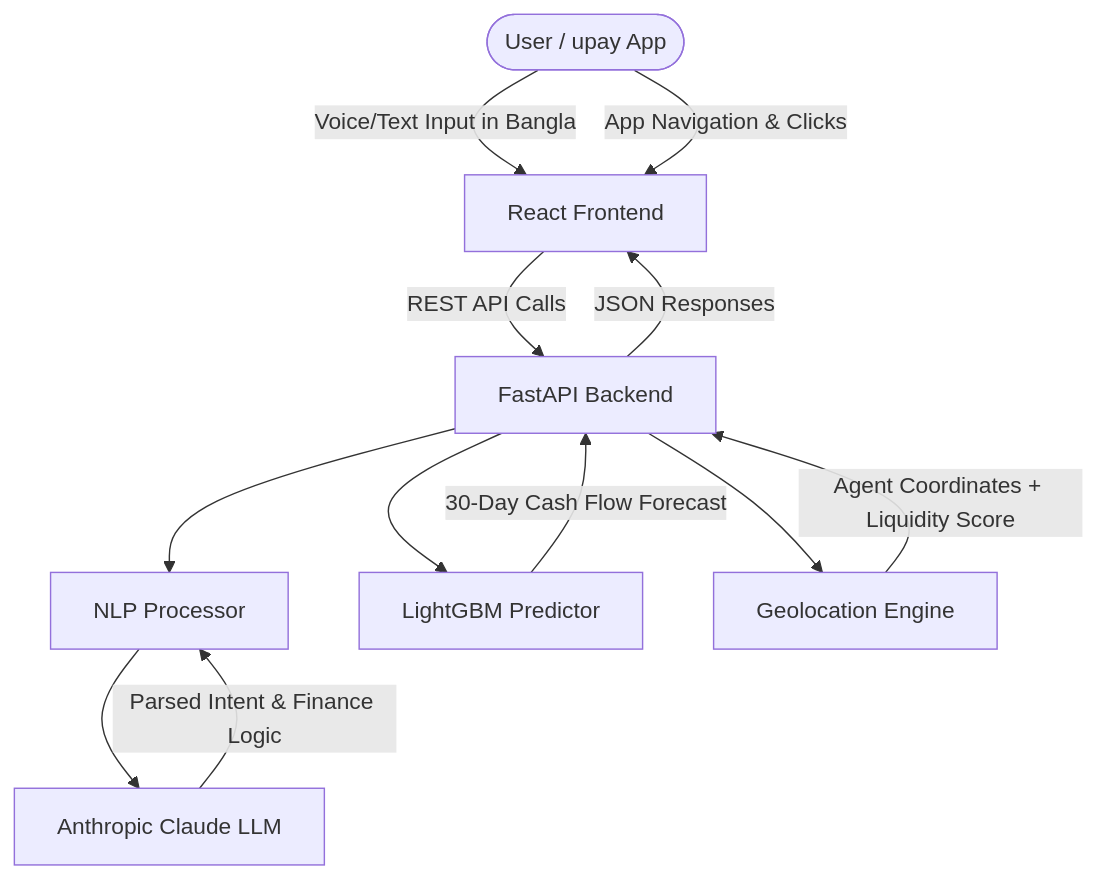
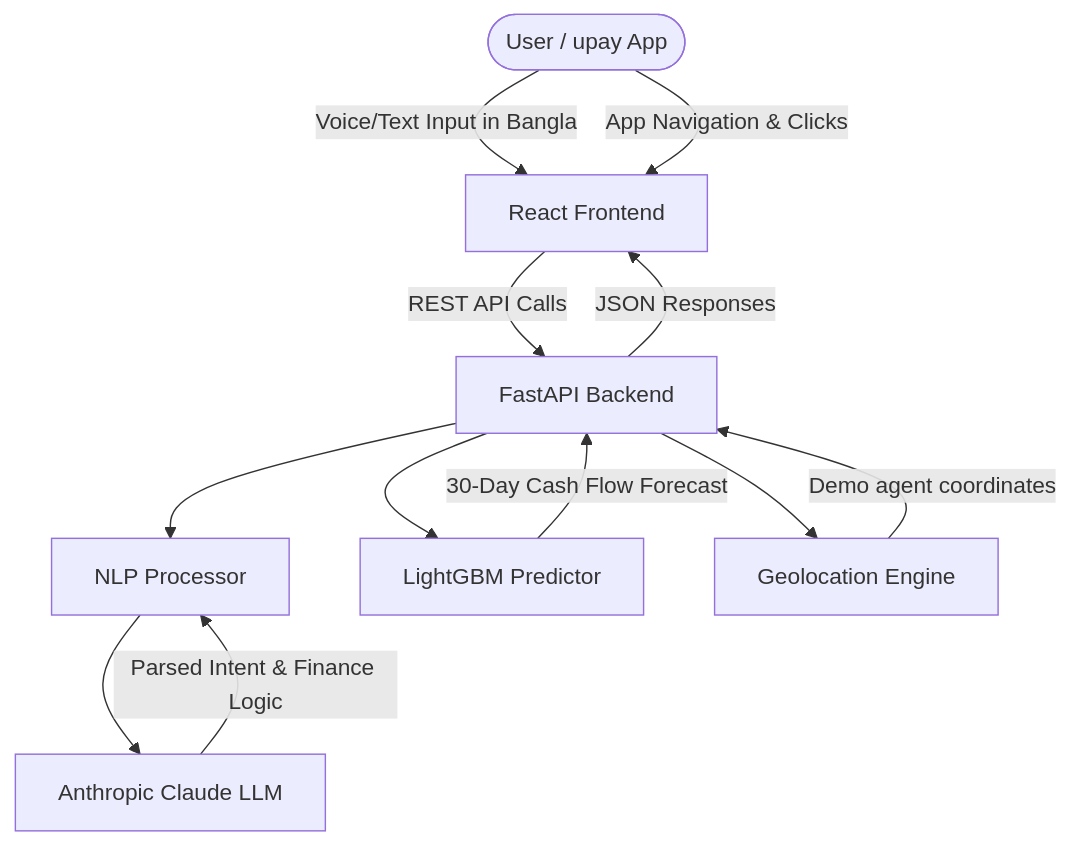
One commit to shahfahim/UPAY-Optimized changed the diagram in brain.md. Above: the diagram before and after it, drawn with Mermaid. The commit also changed other lines of this file and 10 other files, not shown here.

First line of the commit message:
fix(agents): replace fake AI liquidity score with labelled demo data

````diff
--- a/brain.md
+++ b/brain.md
@@ -9,19 +9,19 @@
 ```mermaid
 flowchart TD
     User([User / upay App]) -->|Voice/Text Input in Bangla| UI[React Frontend]
     User -->|App Navigation & Clicks| UI
     
     UI -->|REST API Calls| API[FastAPI Backend]
     
     API --> NLP[NLP Processor]
     API --> ML[LightGBM Predictor]
     API --> Geo[Geolocation Engine]
     
     NLP --> Claude[Anthropic Claude LLM]
     Claude -->|Parsed Intent & Finance Logic| NLP
     
     ML -->|30-Day Cash Flow Forecast| API
-    Geo -->|Agent Coordinates + Liquidity Score| API
+    Geo -->|Demo agent coordinates| API
     
     API -->|JSON Responses| UI
 ```
````
